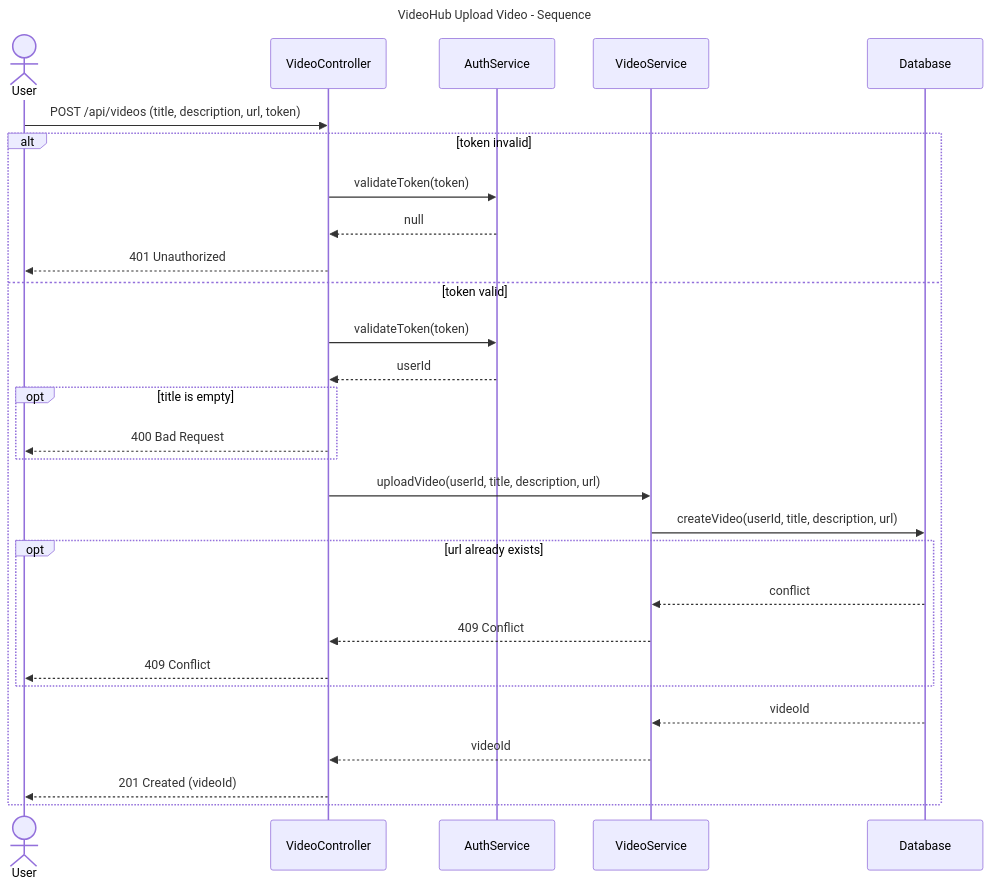
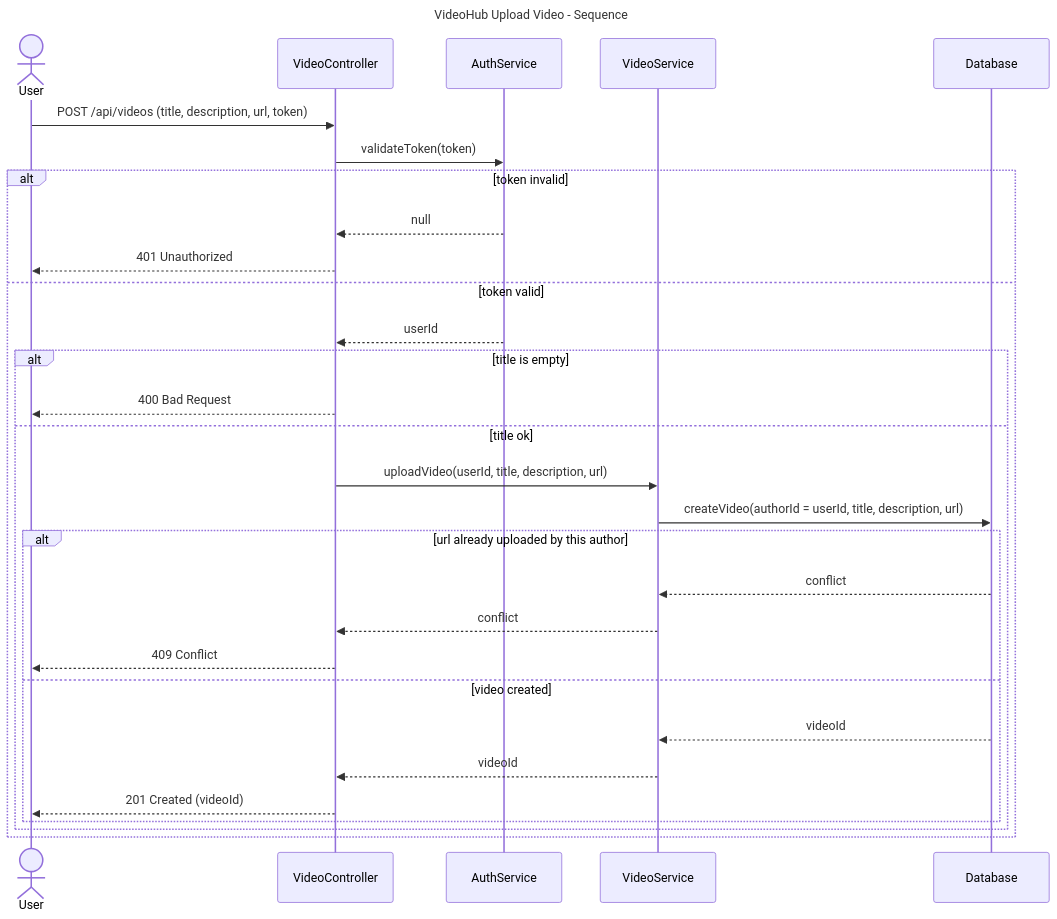
One commit to ezpectus/kpi2__Mavpz-Labs changed the diagram in Labs/lab3-sequence/model/sequence.mmd. Above: the diagram before and after it, drawn with Mermaid.

Commit message:
fix - alt for terminal errors + authorId naming

```diff
--- a/Labs/lab3-sequence/model/sequence.mmd
+++ b/Labs/lab3-sequence/model/sequence.mmd
@@ -1,37 +1,36 @@
 ---
 title: VideoHub Upload Video - Sequence
 ---
 sequenceDiagram
     actor User
     participant VideoController
     participant AuthService
     participant VideoService
     participant Database
 
     User->>VideoController: POST /api/videos (title, description, url, token)
+    VideoController->>AuthService: validateToken(token)
 
     alt token invalid
-        VideoController->>AuthService: validateToken(token)
         AuthService-->>VideoController: null
         VideoController-->>User: 401 Unauthorized
     else token valid
-        VideoController->>AuthService: validateToken(token)
         AuthService-->>VideoController: userId
 
-        opt title is empty
+        alt title is empty
             VideoController-->>User: 400 Bad Request
+        else title ok
+            VideoController->>VideoService: uploadVideo(userId, title, description, url)
+            VideoService->>Database: createVideo(authorId = userId, title, description, url)
+
+            alt url already uploaded by this author
+                Database-->>VideoService: conflict
+                VideoService-->>VideoController: conflict
+                VideoController-->>User: 409 Conflict
+            else video created
+                Database-->>VideoService: videoId
+                VideoService-->>VideoController: videoId
+                VideoController-->>User: 201 Created (videoId)
+            end
         end
-
-        VideoController->>VideoService: uploadVideo(userId, title, description, url)
-        VideoService->>Database: createVideo(userId, title, description, url)
-
-        opt url already exists
-            Database-->>VideoService: conflict
-            VideoService-->>VideoController: 409 Conflict
-            VideoController-->>User: 409 Conflict
-        end
-
-        Database-->>VideoService: videoId
-        VideoService-->>VideoController: videoId
-        VideoController-->>User: 201 Created (videoId)
     end
```
